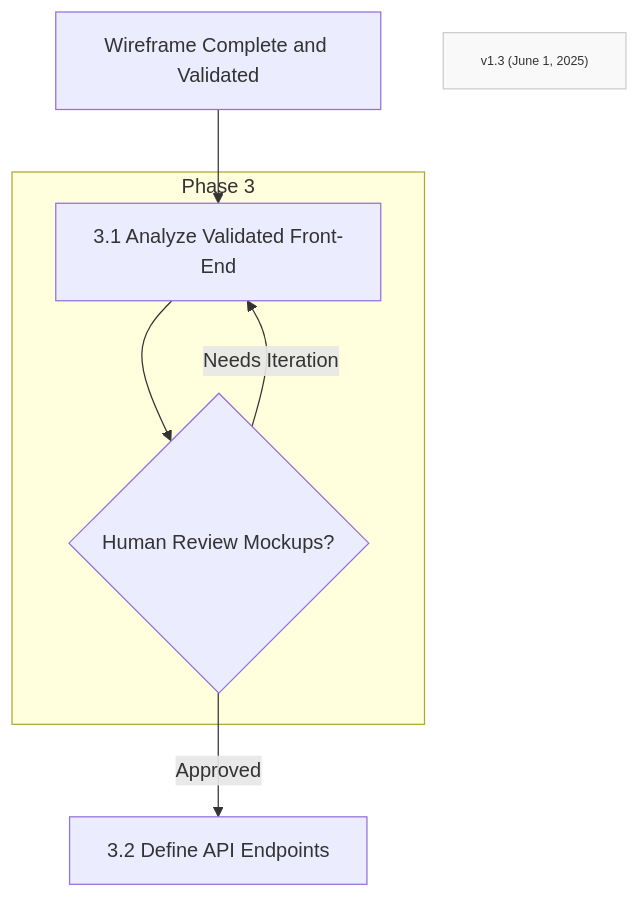
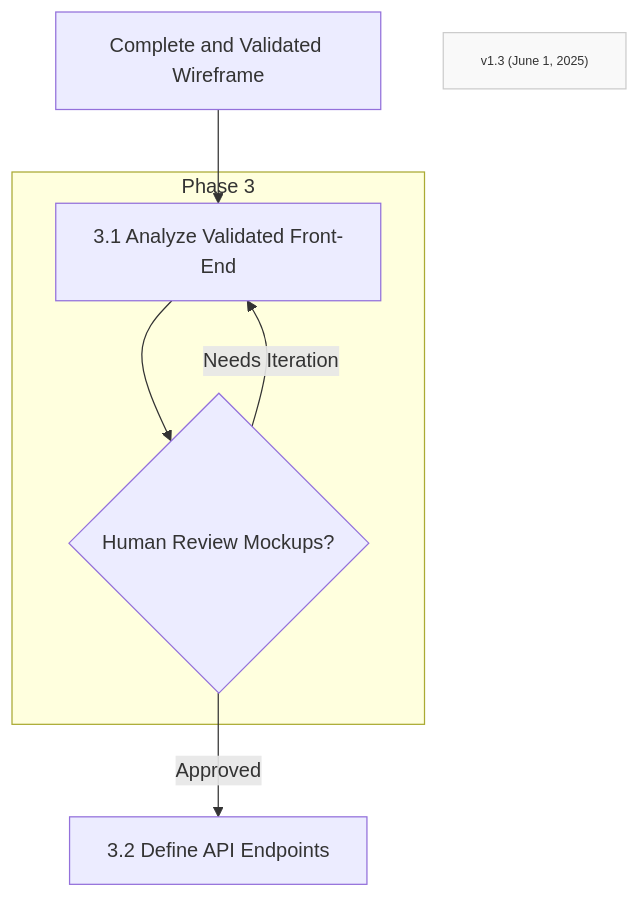
The diagram in Method/FF-phase3.md (Mharbulous/Front-First-Method), drawn with Mermaid before and after one commit.

````diff
--- a/Method/FF-phase3.md
+++ b/Method/FF-phase3.md
@@ -2,17 +2,17 @@
 ```mermaid
 graph TD
     
-B1["Wireframe Complete and Validated"] --> B2["3.1 Analyze Validated Front-End"]
+B1["Complete and Validated Wireframe"] --> B2["3.1 Analyze Validated Front-End"]
 
         subgraph Phase3 ["Phase 3"]
         B2 --> B2_Val{"Human Review Mockups?"}
         B2_Val -->|Needs Iteration| B2
     end
 
 B2_Val -->|Approved| B3["3.2 Define API Endpoints"]
 
 Version["v1.3 (June 1, 2025)"]    
 classDef version fill:#f9f9f9,stroke:#ccc,font-size:10px
 class Version version
 
 ```
````
